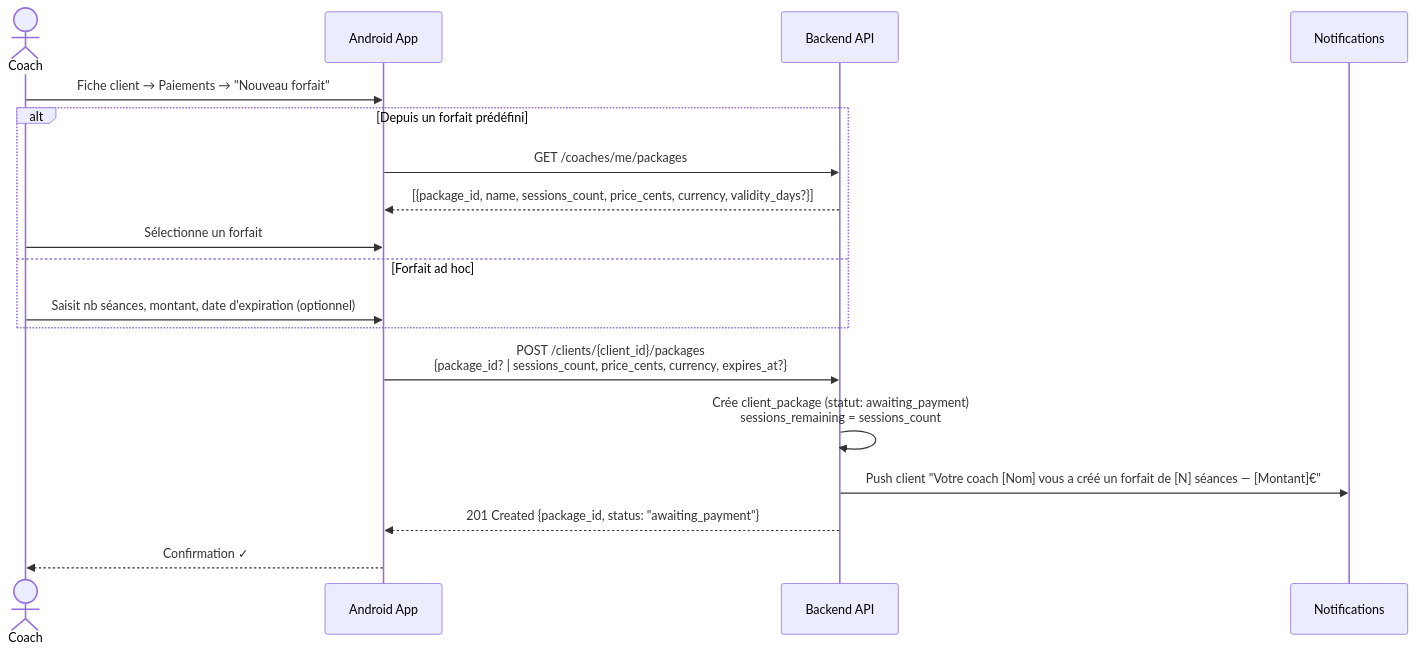
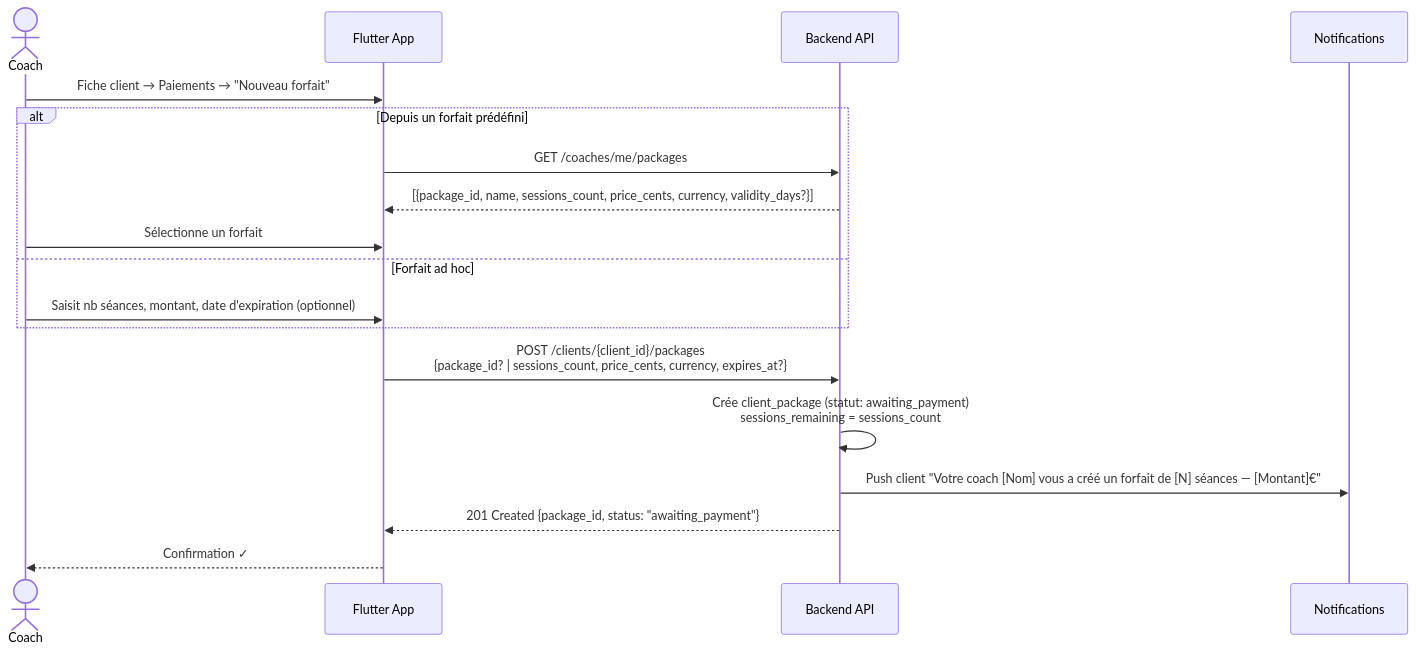
One commit to gaelgael5/mycoach changed the first of 7 diagrams in docs/FLOWS_04_PAIEMENTS.md. Above: the diagram before and after it, drawn with Mermaid. The commit also changed other lines of this file and 81 other files, not shown here.

First line of the commit message:
feat: Flutter multi-platform frontend (Android + iOS + Web)

````diff
--- a/docs/FLOWS_04_PAIEMENTS.md
+++ b/docs/FLOWS_04_PAIEMENTS.md
@@ -9,23 +9,23 @@
 ```mermaid
 sequenceDiagram
     actor K as Coach
-    participant A as Android App
+    participant A as Flutter App
     participant B as Backend API
     participant N as Notifications
 
     K->>A: Fiche client → Paiements → "Nouveau forfait"
 
     alt Depuis un forfait prédéfini
         A->>B: GET /coaches/me/packages
         B-->>A: [{package_id, name, sessions_count, price_cents, currency, validity_days?}]
         K->>A: Sélectionne un forfait
     else Forfait ad hoc
         K->>A: Saisit nb séances, montant, date d'expiration (optionnel)
     end
 
     A->>B: POST /clients/{client_id}/packages<br/>{package_id? | sessions_count, price_cents, currency, expires_at?}
     B->>B: Crée client_package (statut: awaiting_payment)<br/>sessions_remaining = sessions_count
     B->>N: Push client "Votre coach [Nom] vous a créé un forfait de [N] séances — [Montant]€"
     B-->>A: 201 Created {package_id, status: "awaiting_payment"}
     A-->>K: Confirmation ✓
 ```
````
